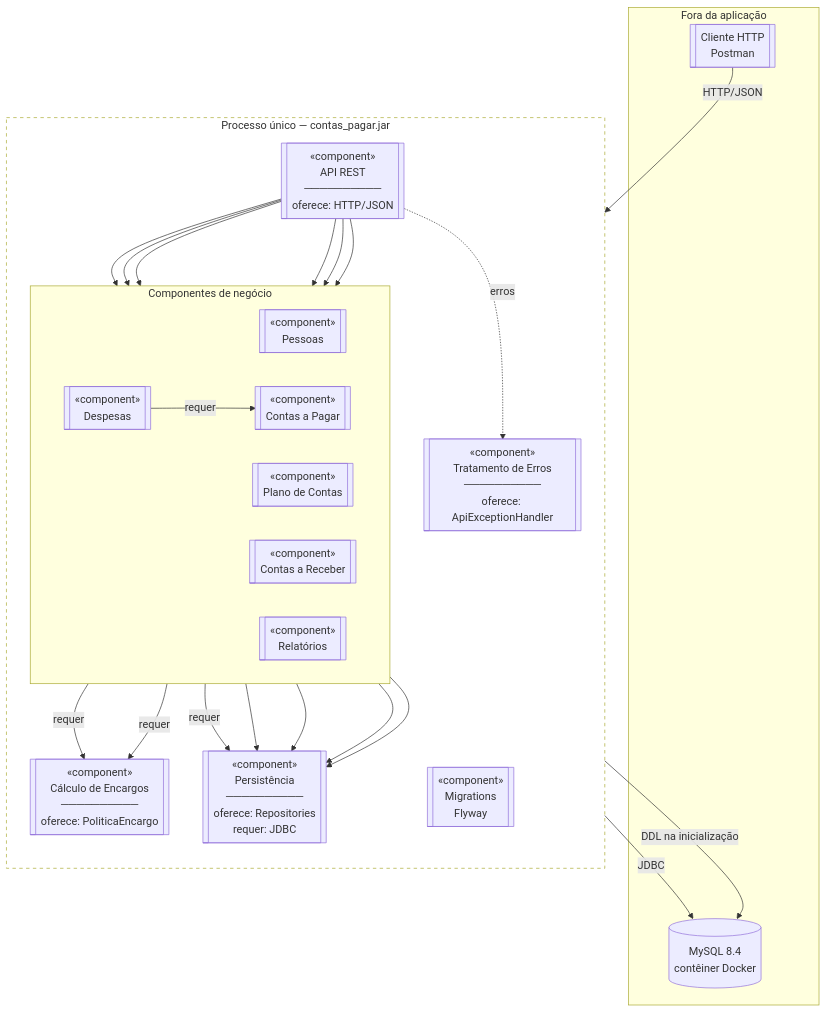
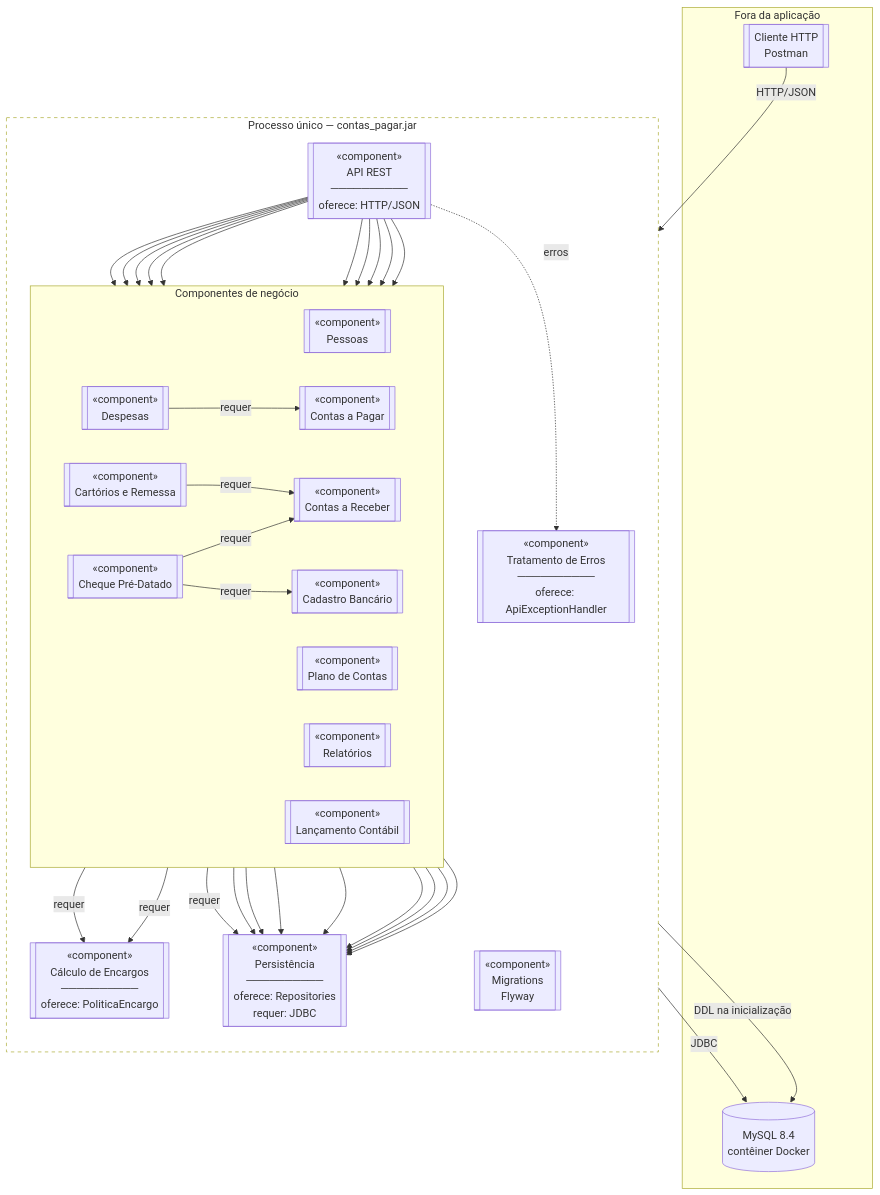
Before and after one commit to Felipemonrod/contas-a-pagar-receber: the eighth of 8 diagrams in backend/docs/DIAGRAMAS.md, drawn with Mermaid. The commit also changed other lines of this file and 4 other files, not shown here.

First line of the commit message:
docs: atualiza diagramas, evidencias de teste e corrige o docker-compose

````diff
--- a/backend/docs/DIAGRAMAS.md
+++ b/backend/docs/DIAGRAMAS.md
@@ -350,47 +407,59 @@
 ```mermaid
 flowchart TB
     subgraph externo["Fora da aplicação"]
         NAV[["Cliente HTTP<br/>Postman"]]
         MYSQL[("MySQL 8.4<br/>contêiner Docker")]
     end
 
     subgraph processo["Processo único — contas_pagar.jar"]
         direction TB
 
         API[["«component»<br/>API REST<br/>──────────<br/>oferece: HTTP/JSON"]]
 
         subgraph modulos["Componentes de negócio"]
             direction LR
             MP[["«component»<br/>Pessoas"]]
             MC[["«component»<br/>Plano de Contas"]]
             MPG[["«component»<br/>Contas a Pagar"]]
             MRC[["«component»<br/>Contas a Receber"]]
             MD[["«component»<br/>Despesas"]]
             MR[["«component»<br/>Relatórios"]]
+            MB[["«component»<br/>Cadastro Bancário"]]
+            MCT[["«component»<br/>Cartórios e Remessa"]]
+            ML[["«component»<br/>Lançamento Contábil"]]
+            MCH[["«component»<br/>Cheque Pré-Datado"]]
         end
 
         ENC[["«component»<br/>Cálculo de Encargos<br/>──────────<br/>oferece: PoliticaEncargo"]]
         ERR[["«component»<br/>Tratamento de Erros<br/>──────────<br/>oferece: ApiExceptionHandler"]]
         PER[["«component»<br/>Persistência<br/>──────────<br/>oferece: Repositories<br/>requer: JDBC"]]
         MIG[["«component»<br/>Migrations<br/>Flyway"]]
     end
 
     NAV -->|HTTP/JSON| API
-    API --> MP & MC & MPG & MRC & MD & MR
+    API --> MP & MC & MPG & MRC & MD & MR & MB & MCT & ML & MCH
 
     MPG -->|requer| ENC
     MRC -->|requer| ENC
     MD -->|requer| MPG
     MR -->|requer| PER
 
+    MCT -->|requer| MRC
+    MCH -->|requer| MB
+    MCH -->|requer| MRC
+
     MP --> PER
     MC --> PER
     MPG --> PER
     MRC --> PER
+    MB --> PER
+    MCT --> PER
+    ML --> PER
+    MCH --> PER
 
     API -. erros .-> ERR
     PER -->|JDBC| MYSQL
     MIG -->|DDL na inicialização| MYSQL
 
     style processo fill:none,stroke-dasharray: 5 5
 ```
````
